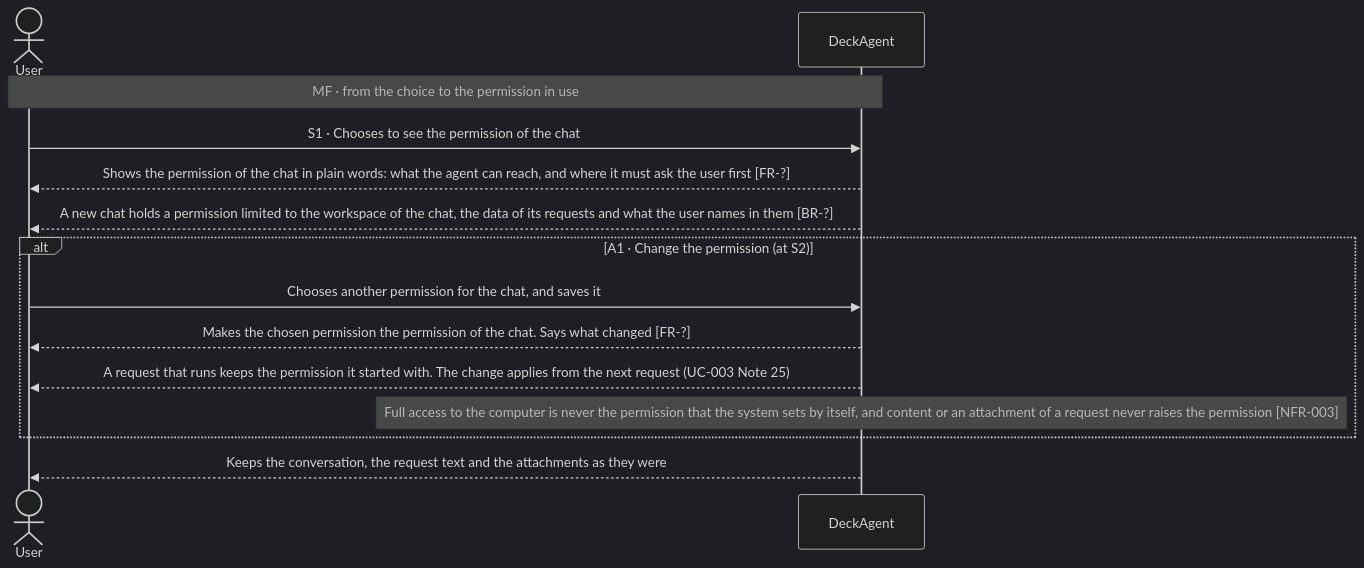
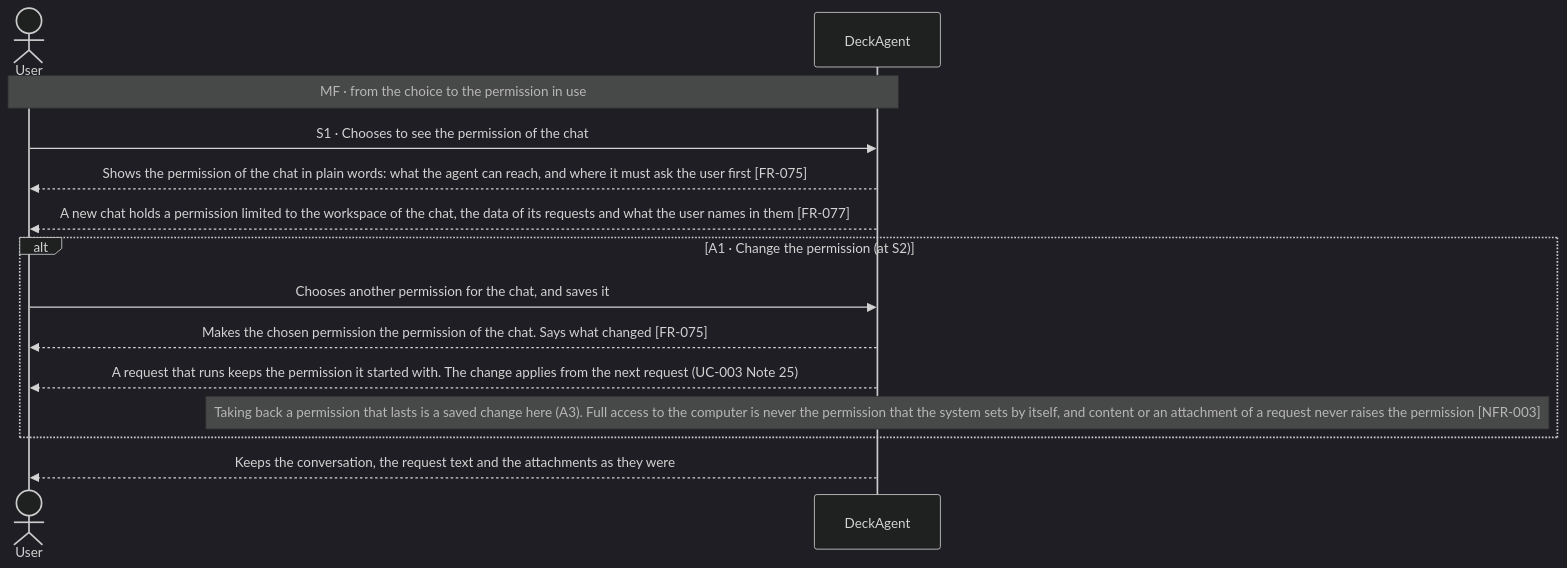
Before and after one commit to Luke23127006/DeckAgent: the first of 2 diagrams in docs/spec/03-use-cases/UC-014.md, drawn with Mermaid (dark theme). The commit also changed other lines of this file and 128 other files, not shown here.

````diff
--- a/docs/spec/03-use-cases/UC-014.md
+++ b/docs/spec/03-use-cases/UC-014.md
@@ -42,16 +41,16 @@
 ```mermaid
 sequenceDiagram
     actor User
     participant DeckAgent
     Note over User,DeckAgent: MF · from the choice to the permission in use
     User->>DeckAgent: S1 · Chooses to see the permission of the chat
-    DeckAgent-->>User: Shows the permission of the chat in plain words: what the agent can reach, and where it must ask the user first [FR-?]
-    DeckAgent-->>User: A new chat holds a permission limited to the workspace of the chat, the data of its requests and what the user names in them [BR-?]
+    DeckAgent-->>User: Shows the permission of the chat in plain words: what the agent can reach, and where it must ask the user first [FR-075]
+    DeckAgent-->>User: A new chat holds a permission limited to the workspace of the chat, the data of its requests and what the user names in them [FR-077]
     alt A1 · Change the permission (at S2)
         User->>DeckAgent: Chooses another permission for the chat, and saves it
-        DeckAgent-->>User: Makes the chosen permission the permission of the chat. Says what changed [FR-?]
+        DeckAgent-->>User: Makes the chosen permission the permission of the chat. Says what changed [FR-075]
         DeckAgent-->>User: A request that runs keeps the permission it started with. The change applies from the next request (UC-003 Note 25)
-        note over DeckAgent: Full access to the computer is never the permission that the system sets by itself, and content or an attachment of a request never raises the permission [NFR-003]
+        note over DeckAgent: Taking back a permission that lasts is a saved change here (A3). Full access to the computer is never the permission that the system sets by itself, and content or an attachment of a request never raises the permission [NFR-003]
     end
     DeckAgent-->>User: Keeps the conversation, the request text and the attachments as they were
 ```
````
